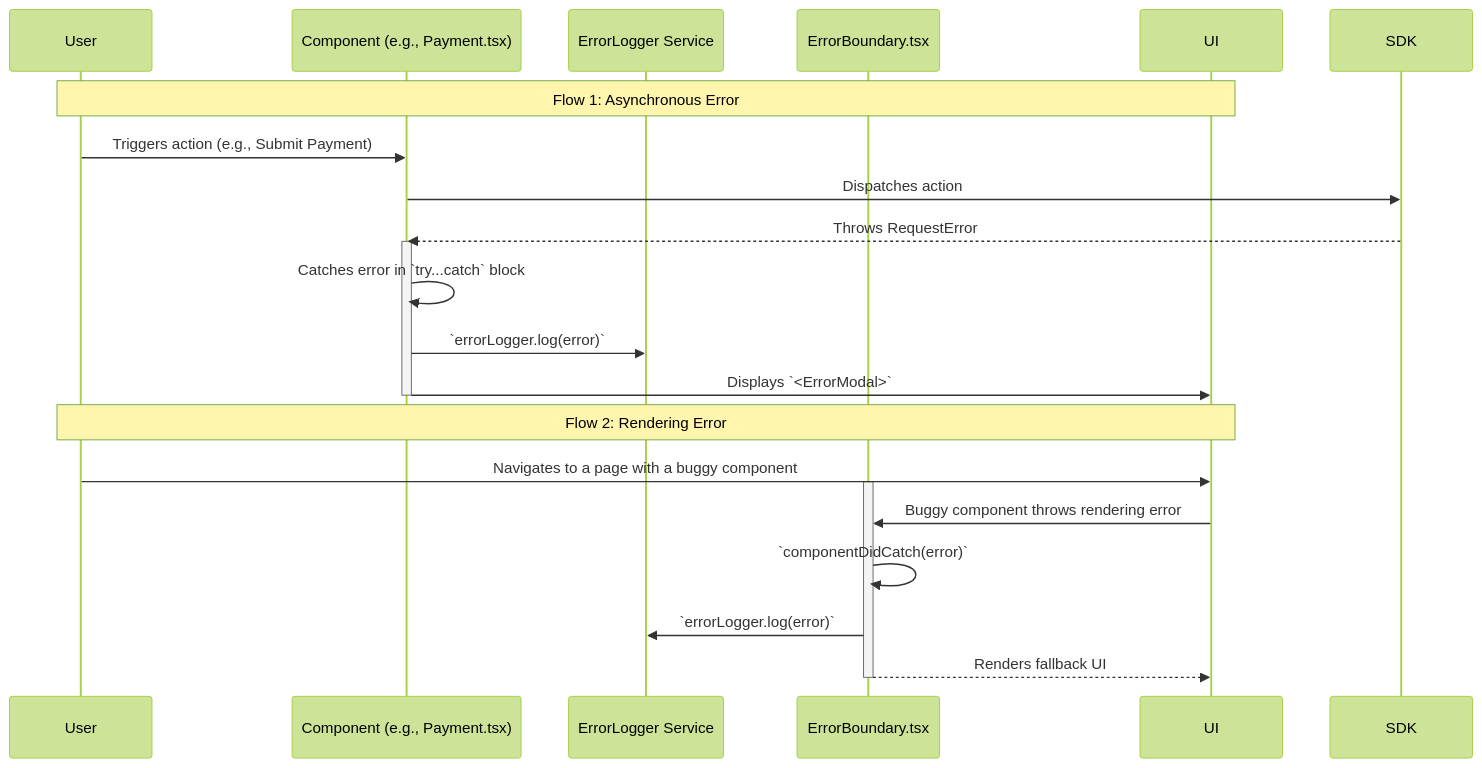
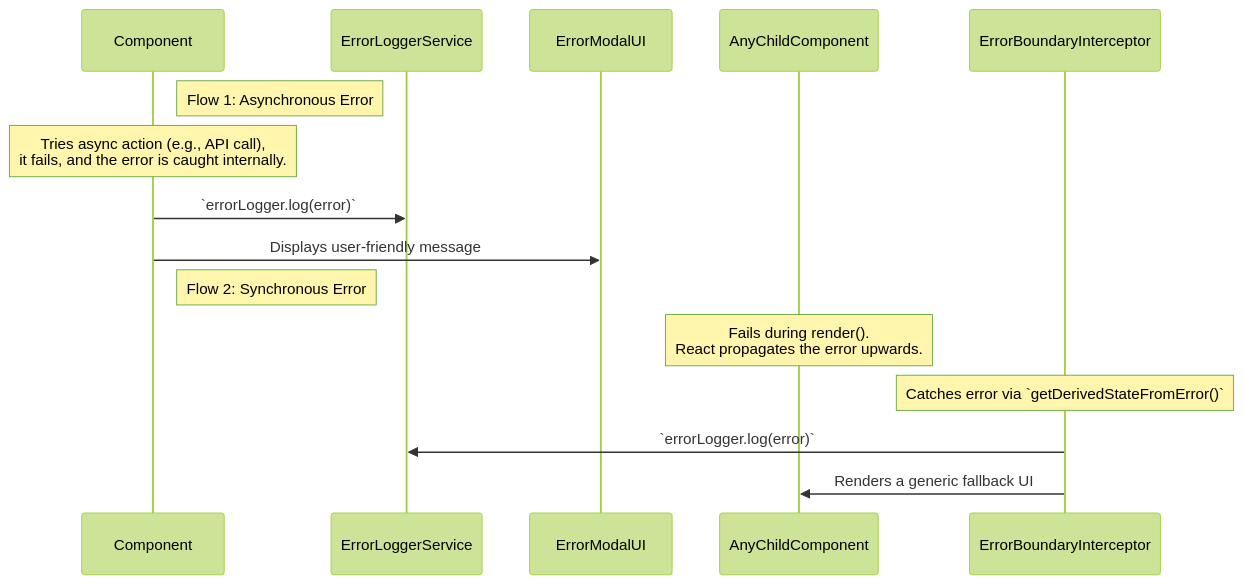
One commit to bahsim/gen-ai-enablement-playbook changed the diagram in case-study-checkout-js-docs/01-application-architecture/05-error-handling-guide.md. Above: the diagram before and after it, drawn with Mermaid (forest theme). The commit also changed other lines of this file and 50 other files, not shown here.

````diff
--- a/case-study-checkout-js-docs/01-application-architecture/05-error-handling-guide.md
+++ b/case-study-checkout-js-docs/01-application-architecture/05-error-handling-guide.md
@@ -20,29 +23,19 @@
 ```mermaid
 sequenceDiagram
-    participant User
-    participant Component as Component (e.g., Payment.tsx)
-    participant ErrorLogger as ErrorLogger Service
-    participant ErrorBoundary as ErrorBoundary.tsx
-    participant UI
+    participant Component
+    participant ErrorLogger as ErrorLoggerService
+    participant ErrorModal as ErrorModalUI
+    participant AnyChild as AnyChildComponent
+    participant ErrorBoundary as ErrorBoundaryInterceptor
 
-    Note over User, UI: Flow 1: Asynchronous Error
-    User->>Component: Triggers action (e.g., Submit Payment)
-    Component->>SDK: Dispatches action
-    SDK-->>Component: Throws RequestError
+    Note right of Component: Flow 1: Asynchronous Error
+    Note over Component: Tries async action (e.g., API call),<br/>it fails, and the error is caught internally.
+    Component->>ErrorLogger: `errorLogger.log(error)`
+    Component->>ErrorModal: Displays user-friendly message
     
-    activate Component
-    Component->>Component: Catches error in `try...catch` block
-    Component->>ErrorLogger: `errorLogger.log(error)`
-    Component->>UI: Displays `<ErrorModal>`
-    deactivate Component
-    
-    Note over User, UI: Flow 2: Rendering Error
-    User->>UI: Navigates to a page with a buggy component
-    
-    activate ErrorBoundary
-    UI->>ErrorBoundary: Buggy component throws rendering error
-    ErrorBoundary->>ErrorBoundary: `componentDidCatch(error)`
+    Note right of Component: Flow 2: Synchronous Error
+    Note over AnyChild: Fails during render().<br/>React propagates the error upwards.
+    Note over ErrorBoundary: Catches error via `getDerivedStateFromError()`
     ErrorBoundary->>ErrorLogger: `errorLogger.log(error)`
-    ErrorBoundary-->>UI: Renders fallback UI
-    deactivate ErrorBoundary
+    ErrorBoundary->>AnyChild: Renders a generic fallback UI
 ```
````
